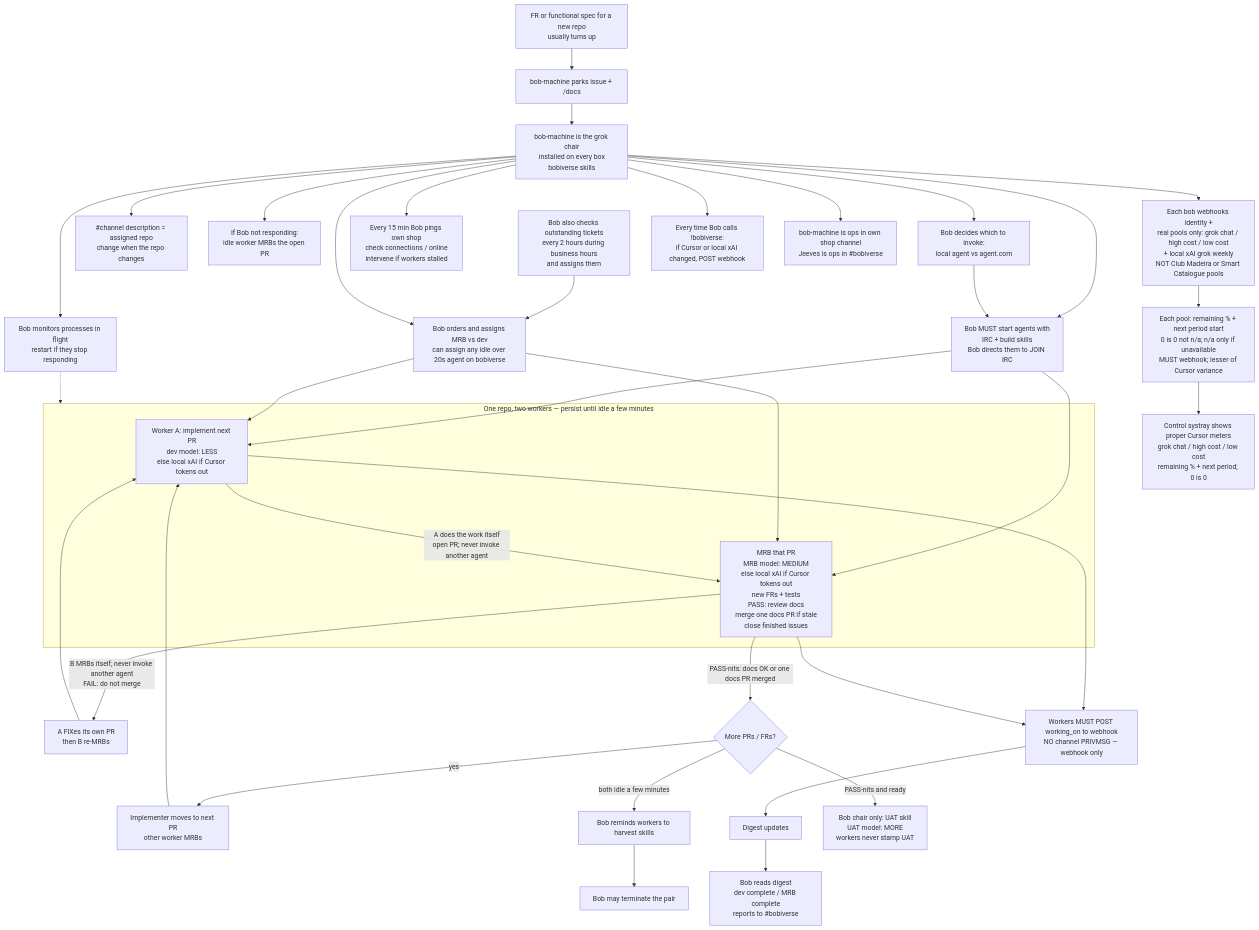
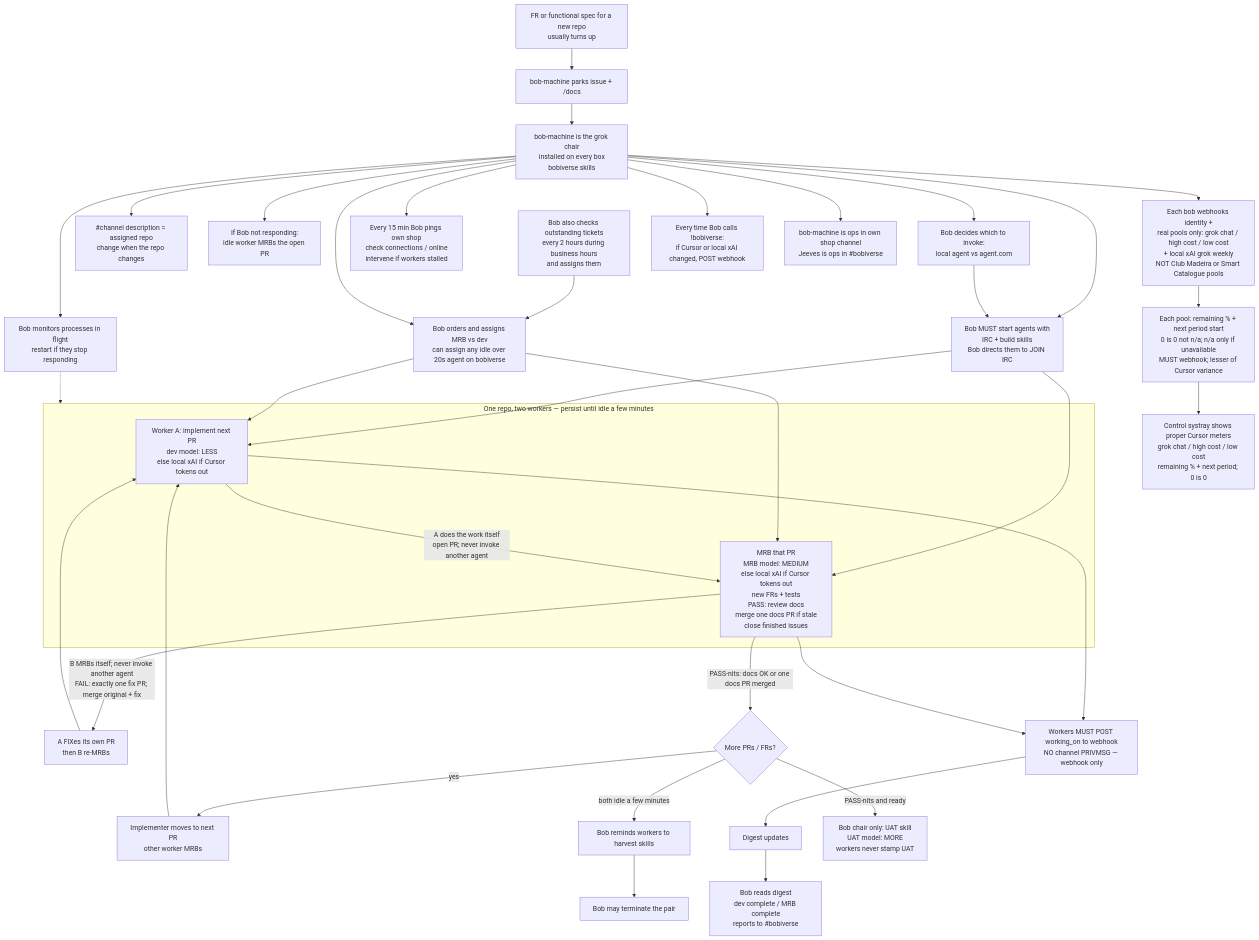
The first of 5 diagrams in README.md (SimonBarnett/agentic_build), drawn with Mermaid before and after one commit.

Commit message:
Clarify README FAIL branch merge rule

````diff
--- a/README.md
+++ b/README.md
@@ -71,46 +71,46 @@
 ```mermaid
 flowchart TB
   IN["FR or functional spec for a new repo\nusually turns up"]
   IN --> PARK["bob-machine parks issue + /docs"]
   PARK --> CHAIR["bob-machine is the grok chair\ninstalled on every box\nbobiverse skills"]
   TIX["Bob also checks outstanding tickets\nevery 2 hours during business hours\nand assigns them"]
   TIX --> ASSIGN
   CHAIR --> DESC["#channel description = assigned repo\nchange when the repo changes"]
   CHAIR --> PAIR["Bob MUST start agents with\nIRC + build skills\nBob directs them to JOIN IRC"]
   CHAIR --> ASSIGN["Bob orders and assigns MRB vs dev\ncan assign any idle over 20s agent on bobiverse"]
   CHAIR --> IDLEMRB["If Bob not responding:\nidle worker MRBs the open PR"]
   CHAIR --> RT["Bob decides which to invoke:\nlocal agent vs agent.com"]
   RT --> PAIR
   CHAIR --> MON["Bob monitors processes in flight\nrestart if they stop responding"]
   CHAIR --> PING15["Every 15 min Bob pings own shop\ncheck connections / online\nintervene if workers stalled"]
   CHAIR --> USE["Each bob webhooks identity +\nreal pools only: grok chat / high cost / low cost\n+ local xAI grok weekly\nNOT Club Madeira or Smart Catalogue pools"]
   USE --> MIN["Each pool: remaining % + next period start\n0 is 0 not n/a; n/a only if unavailable\nMUST webhook; lesser of Cursor variance"]
   CHAIR --> JEEVES["Every time Bob calls !bobiverse:\nif Cursor or local xAI changed, POST webhook"]
   CHAIR --> OPS["bob-machine is ops in own shop channel\nJeeves is ops in #bobiverse"]
   MIN --> TRAY["Control systray shows proper Cursor meters\ngrok chat / high cost / low cost\nremaining % + next period; 0 is 0"]
 
   subgraph PAIRBOX["One repo, two workers — persist until idle a few minutes"]
     WA["Worker A: implement next PR\ndev model: LESS\nelse local xAI if Cursor tokens out"]
     WB["MRB that PR\nMRB model: MEDIUM\nelse local xAI if Cursor tokens out\nnew FRs + tests\nPASS: review docs\nmerge one docs PR if stale\nclose finished issues"]
   end
 
   PAIR --> WA
   PAIR --> WB
   ASSIGN --> WA
   ASSIGN --> WB
   MON -.-> PAIRBOX
   WA -->|"A does the work itself\nopen PR; never invoke another agent"| WB
-  WB -->|"B MRBs itself; never invoke another agent\nFAIL: do not merge"| FIX["A FIXes its own PR\nthen B re-MRBs"]
+  WB -->|"B MRBs itself; never invoke another agent\nFAIL: exactly one fix PR; merge original + fix"| FIX["A FIXes its own PR\nthen B re-MRBs"]
   FIX --> WA
   WB -->|"PASS-nits: docs OK or one docs PR merged"| NEXT{"More PRs / FRs?"}
   NEXT -->|yes| SWAP["Implementer moves to next PR\nother worker MRBs"]
   SWAP --> WA
   NEXT -->|both idle a few minutes| HARV["Bob reminds workers to harvest skills"]
   HARV --> STOP["Bob may terminate the pair"]
 
   WA --> POST["Workers MUST POST working_on to webhook\nNO channel PRIVMSG — webhook only"]
   WB --> POST
   POST --> DIG["Digest updates"]
   DIG --> SAY["Bob reads digest\ndev complete / MRB complete\nreports to #bobiverse"]
   NEXT -->|PASS-nits and ready| UAT["Bob chair only: UAT skill\nUAT model: MORE\nworkers never stamp UAT"]
 ```
````
